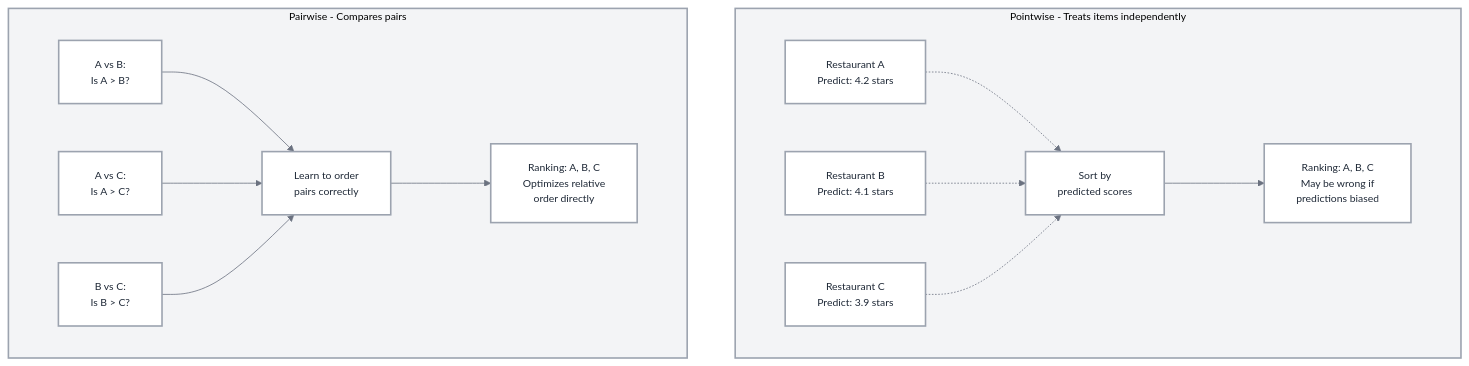
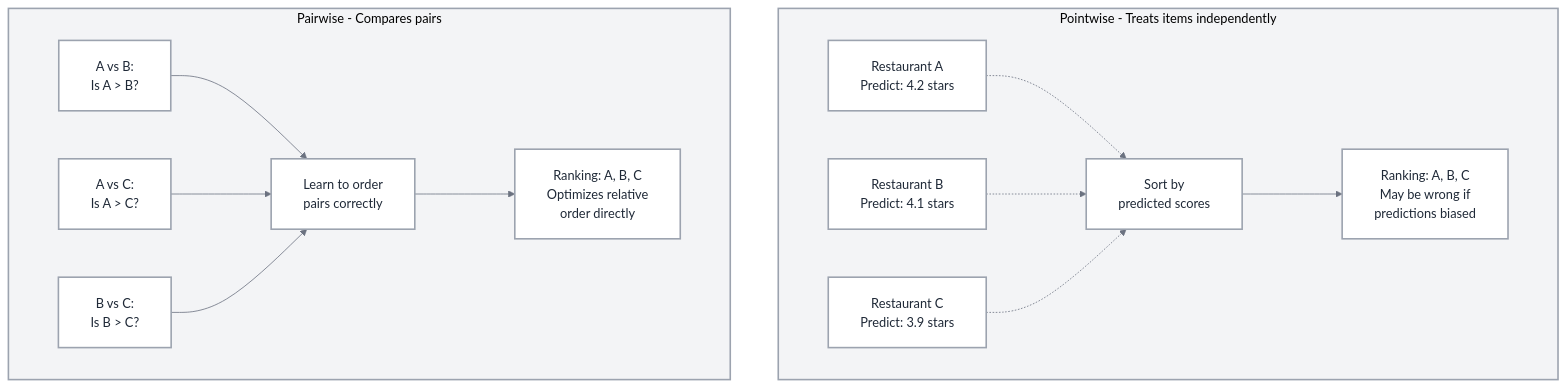
The first of 4 diagrams in _posts/2026/2026-02-07-lightgbm_pairwise_lambdarank.md (saraswatmks/saraswatmks.github.com), drawn with Mermaid before and after one commit. The commit also changed other lines of this file, not shown here.

```diff
--- a/_posts/2026/2026-02-07-lightgbm_pairwise_lambdarank.md
+++ b/_posts/2026/2026-02-07-lightgbm_pairwise_lambdarank.md
@@ -52,55 +50,54 @@
 <div class="mermaid">
 %%{init: {
   'theme': 'base',
   'themeVariables': {
     'primaryColor': '#FFFFFF',
     'primaryTextColor': '#1F2937',
     'primaryBorderColor': '#9CA3AF',
     'lineColor': '#6B7280',
-    'fontSize': '13px',
+    'fontSize': '16px',
     'fontFamily': 'system-ui, -apple-system, sans-serif'
   },
   'flowchart': {
     'nodeSpacing': 60,
     'rankSpacing': 100,
     'padding': 20,
     'useMaxWidth': true,
-    'htmlLabels': true,
-    'width': '100%'
+    'htmlLabels': true
   }
 }}%%
 
 graph TD
     subgraph Pointwise["Pointwise - Treats items independently"]
         P1["Restaurant A<br/>Predict: 4.2 stars"]
         P2["Restaurant B<br/>Predict: 4.1 stars"]
         P3["Restaurant C<br/>Predict: 3.9 stars"]
         P1 -.-> P_SORT["Sort by<br/>predicted scores"]
         P2 -.-> P_SORT
         P3 -.-> P_SORT
         P_SORT --> P_RESULT["Ranking: A, B, C<br/>May be wrong if<br/>predictions biased"]
     end
 
     subgraph Pairwise["Pairwise - Compares pairs"]
         Q1["A vs B:<br/>Is A > B?"]
         Q2["A vs C:<br/>Is A > C?"]
         Q3["B vs C:<br/>Is B > C?"]
         Q1 --> Q_LEARN["Learn to order<br/>pairs correctly"]
         Q2 --> Q_LEARN
         Q3 --> Q_LEARN
         Q_LEARN --> Q_RESULT["Ranking: A, B, C<br/>Optimizes relative<br/>order directly"]
     end
 
     style P1 fill:#FFFFFF,stroke:#9CA3AF,stroke-width:2px,color:#1F2937
     style P2 fill:#FFFFFF,stroke:#9CA3AF,stroke-width:2px,color:#1F2937
     style P3 fill:#FFFFFF,stroke:#9CA3AF,stroke-width:2px,color:#1F2937
     style P_SORT fill:#FFFFFF,stroke:#9CA3AF,stroke-width:2px,color:#1F2937
     style P_RESULT fill:#FFFFFF,stroke:#9CA3AF,stroke-width:2px,color:#1F2937
     style Q1 fill:#FFFFFF,stroke:#9CA3AF,stroke-width:2px,color:#1F2937
     style Q2 fill:#FFFFFF,stroke:#9CA3AF,stroke-width:2px,color:#1F2937
     style Q3 fill:#FFFFFF,stroke:#9CA3AF,stroke-width:2px,color:#1F2937
     style Q_LEARN fill:#FFFFFF,stroke:#9CA3AF,stroke-width:2px,color:#1F2937
     style Q_RESULT fill:#FFFFFF,stroke:#9CA3AF,stroke-width:2px,color:#1F2937
     style Pointwise fill:#F3F4F6,stroke:#9CA3AF,stroke-width:2px
     style Pairwise fill:#F3F4F6,stroke:#9CA3AF,stroke-width:2px
 </div>
```
